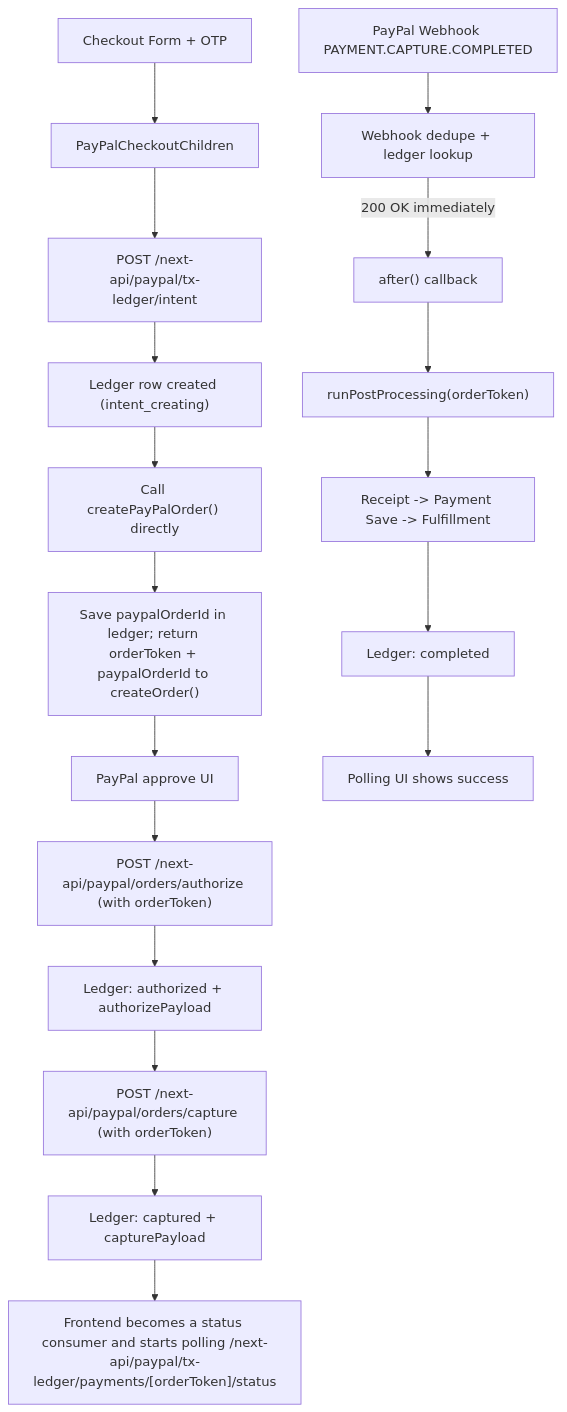
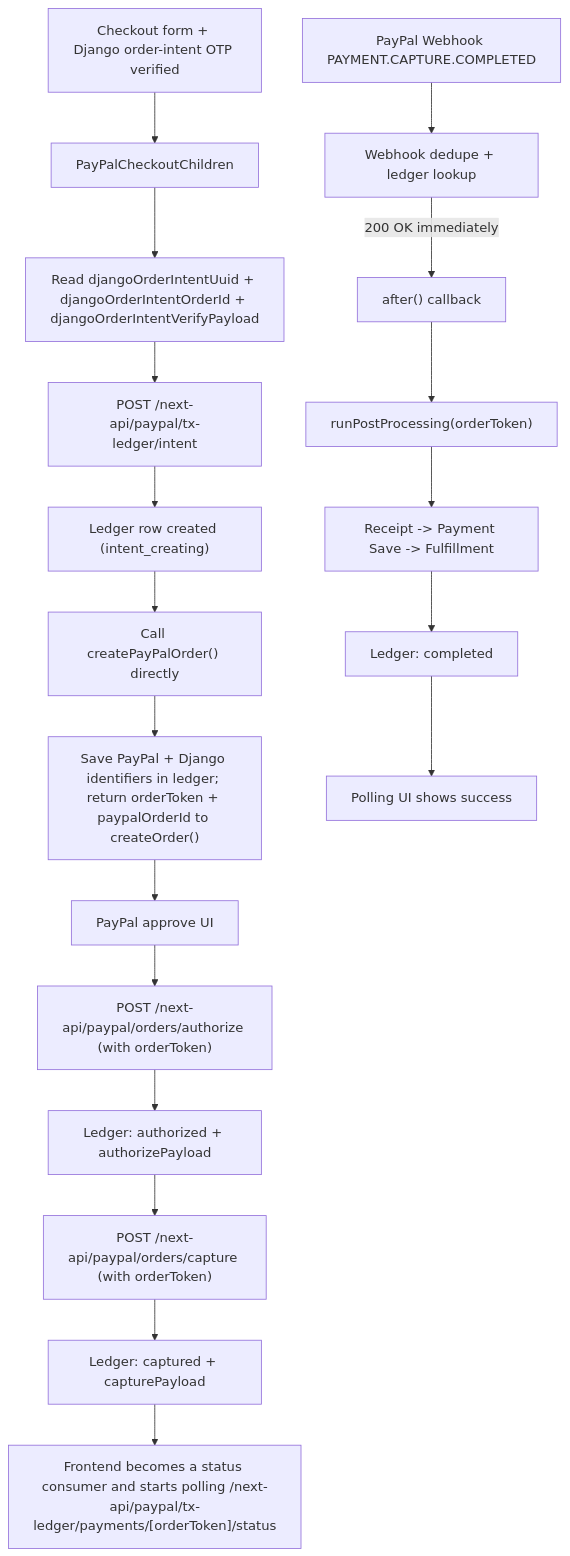
One commit to Codex-Christi/codex_christi_frontend changed the diagram in PAYPAL_TX_LEDGER_GUIDE.md. Above: the diagram before and after it, drawn with Mermaid. The commit also changed other lines of this file and 5 other files, not shown here.

````diff
--- a/PAYPAL_TX_LEDGER_GUIDE.md
+++ b/PAYPAL_TX_LEDGER_GUIDE.md
@@ -141,20 +141,21 @@
 ```mermaid
 flowchart TD
-  A["Checkout Form + OTP"] --> B["PayPalCheckoutChildren"]
-  B --> C["POST /next-api/paypal/tx-ledger/intent"]
+  A["Checkout form + Django order-intent OTP verified"] --> B["PayPalCheckoutChildren"]
+  B --> B2["Read djangoOrderIntentUuid + djangoOrderIntentOrderId + djangoOrderIntentVerifyPayload"]
+  B2 --> C["POST /next-api/paypal/tx-ledger/intent"]
   C --> D["Ledger row created (intent_creating)"]
   D --> E["Call createPayPalOrder() directly"]
-  E --> F["Save paypalOrderId in ledger; return orderToken + paypalOrderId to createOrder()"]
+  E --> F["Save PayPal + Django identifiers in ledger; return orderToken + paypalOrderId to createOrder()"]
   F --> G["PayPal approve UI"]
   G --> H["POST /next-api/paypal/orders/authorize (with orderToken)"]
   H --> I["Ledger: authorized + authorizePayload"]
   I --> J["POST /next-api/paypal/orders/capture (with orderToken)"]
   J --> K["Ledger: captured + capturePayload"]
   K --> L["Frontend becomes a status consumer and starts polling /next-api/paypal/tx-ledger/payments/[orderToken]/status"]
   M["PayPal Webhook PAYMENT.CAPTURE.COMPLETED"] --> N["Webhook dedupe + ledger lookup"]
   N --> |"200 OK immediately"| N2["after() callback"]
   N2 --> O["runPostProcessing(orderToken)"]
   O --> P["Receipt -> Payment Save -> Fulfillment"]
   P --> Q["Ledger: completed"]
   Q --> R["Polling UI shows success"]
 ```
````
